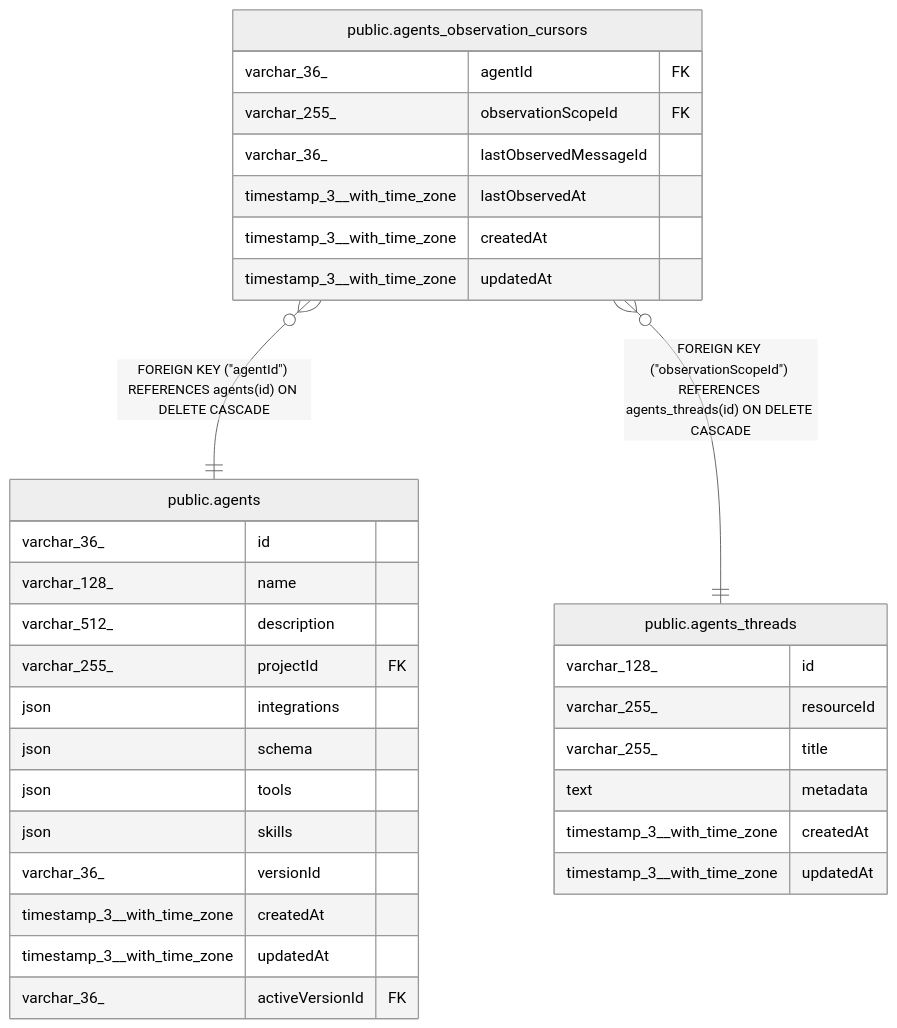
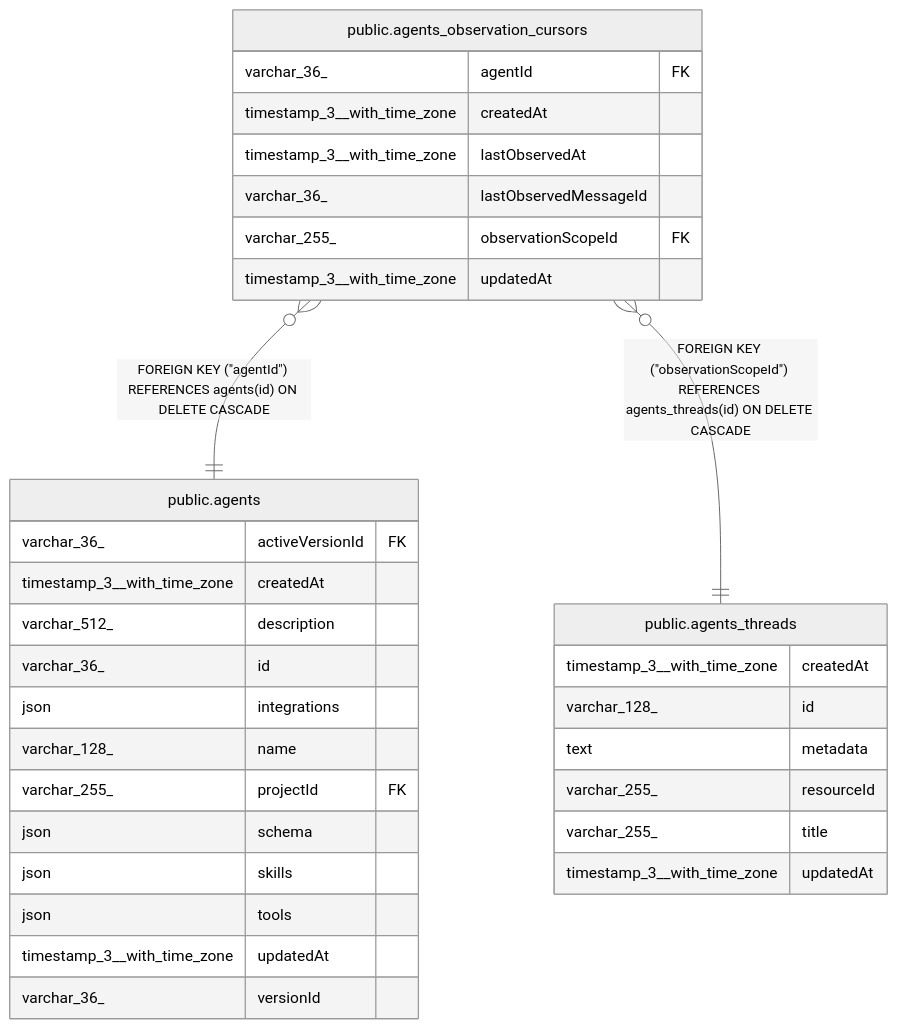
The diagram in docs/generated/postgres-schema/public.agents_observation_cursors.md (mayankjain1815-commits/n8n), drawn with Mermaid (neutral theme) before and after one commit. The commit also changed other lines of this file and 221 other files, not shown here.

Commit message:
chore(core): Make DB schema docs generation deterministic (#32373)

````diff
--- a/docs/generated/postgres-schema/public.agents_observation_cursors.md
+++ b/docs/generated/postgres-schema/public.agents_observation_cursors.md
@@ -37,37 +37,37 @@
 ```mermaid
 erDiagram
 
 "public.agents_observation_cursors" }o--|| "public.agents" : "FOREIGN KEY (#quot;agentId#quot;) REFERENCES agents(id) ON DELETE CASCADE"
 "public.agents_observation_cursors" }o--|| "public.agents_threads" : "FOREIGN KEY (#quot;observationScopeId#quot;) REFERENCES agents_threads(id) ON DELETE CASCADE"
 
 "public.agents_observation_cursors" {
   varchar_36_ agentId FK
+  timestamp_3__with_time_zone createdAt
+  timestamp_3__with_time_zone lastObservedAt
+  varchar_36_ lastObservedMessageId
   varchar_255_ observationScopeId FK
-  varchar_36_ lastObservedMessageId
-  timestamp_3__with_time_zone lastObservedAt
-  timestamp_3__with_time_zone createdAt
   timestamp_3__with_time_zone updatedAt
 }
 "public.agents" {
+  varchar_36_ activeVersionId FK
+  timestamp_3__with_time_zone createdAt
+  varchar_512_ description
   varchar_36_ id
+  json integrations
   varchar_128_ name
-  varchar_512_ description
   varchar_255_ projectId FK
-  json integrations
   json schema
+  json skills
   json tools
-  json skills
+  timestamp_3__with_time_zone updatedAt
   varchar_36_ versionId
-  timestamp_3__with_time_zone createdAt
-  timestamp_3__with_time_zone updatedAt
-  varchar_36_ activeVersionId FK
 }
 "public.agents_threads" {
+  timestamp_3__with_time_zone createdAt
   varchar_128_ id
+  text metadata
   varchar_255_ resourceId
   varchar_255_ title
-  text metadata
-  timestamp_3__with_time_zone createdAt
   timestamp_3__with_time_zone updatedAt
 }
 ```
````
